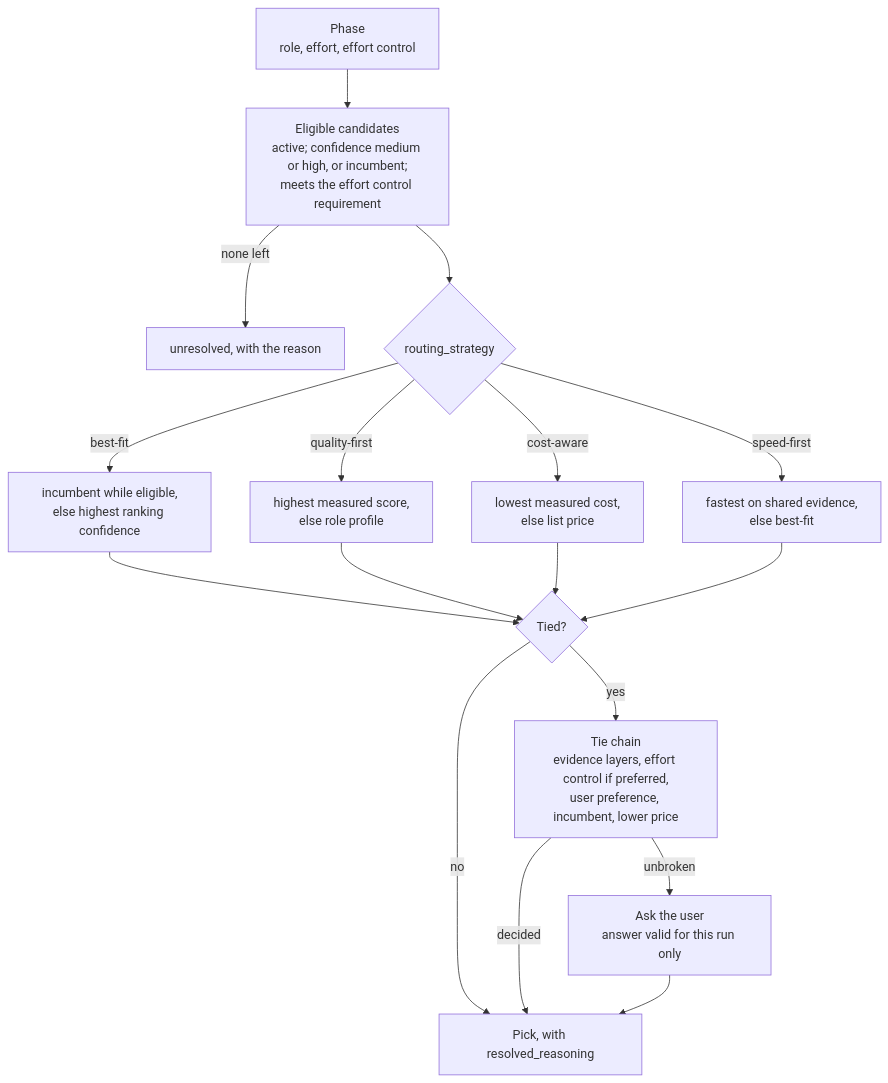
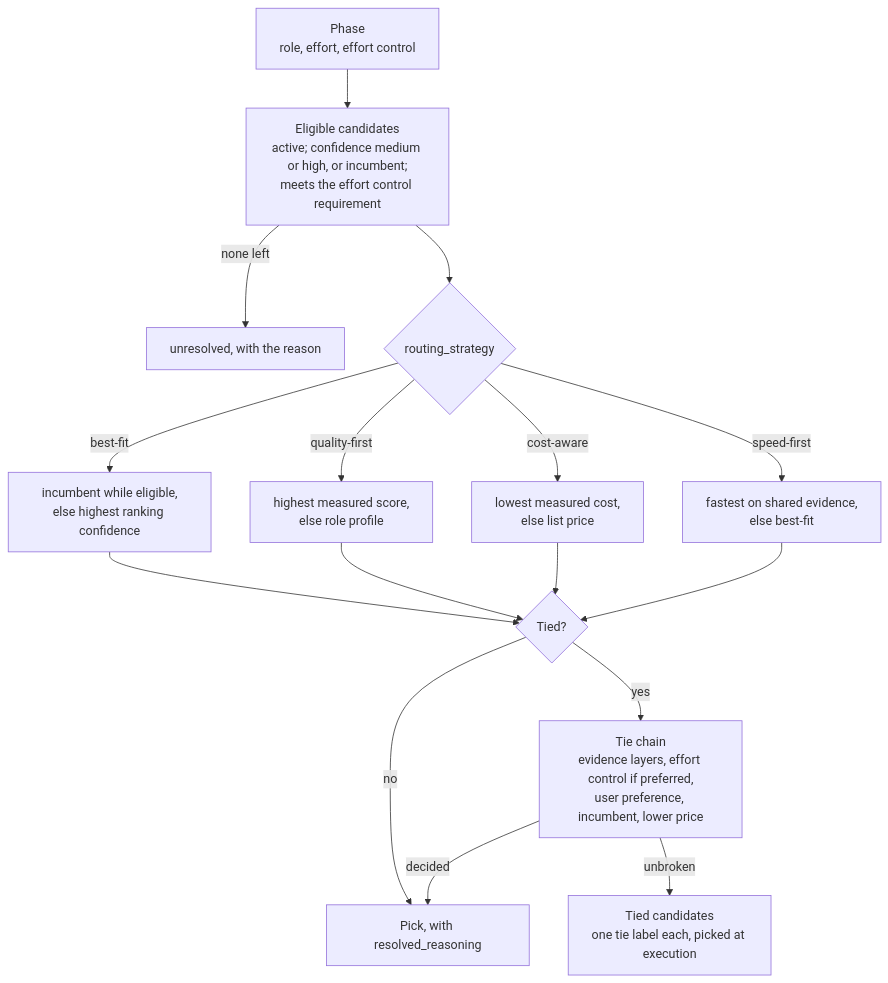
The fifth of 7 diagrams in README.md (VictorMarri/ai-execution-router), drawn with Mermaid before and after one commit. The commit also changed other lines of this file and 3 other files, not shown here.

````diff
--- a/README.md
+++ b/README.md
@@ -306,19 +306,18 @@
 ```mermaid
 flowchart TD
     P["Phase<br/>role, effort, effort control"] --> E["Eligible candidates<br/>active; confidence medium or high, or incumbent;<br/>meets the effort control requirement"]
     E -->|"none left"| U["unresolved, with the reason"]
     E --> ST{"routing_strategy"}
     ST -->|"best-fit"| BF["incumbent while eligible,<br/>else highest ranking confidence"]
     ST -->|"quality-first"| QF["highest measured score,<br/>else role profile"]
     ST -->|"cost-aware"| CA["lowest measured cost,<br/>else list price"]
     ST -->|"speed-first"| SF["fastest on shared evidence,<br/>else best-fit"]
     BF --> T{"Tied?"}
     QF --> T
     CA --> T
     SF --> T
     T -->|"no"| PICK["Pick, with resolved_reasoning"]
     T -->|"yes"| TC["Tie chain<br/>evidence layers, effort control if preferred,<br/>user preference, incumbent, lower price"]
     TC -->|"decided"| PICK
-    TC -->|"unbroken"| Q["Ask the user<br/>answer valid for this run only"]
-    Q --> PICK
+    TC -->|"unbroken"| TIE["Tied candidates<br/>one tie label each, picked at execution"]
 ```
````
